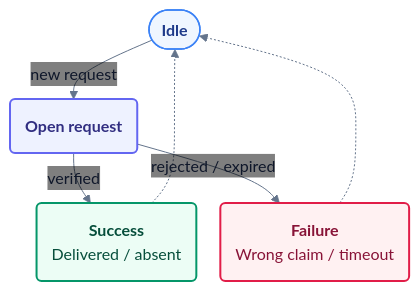
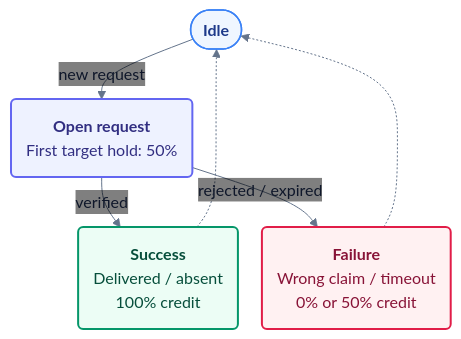
One commit to Grounded-Intelligence-Initiative/agentic-robotics-benchmark changed the diagram in tasks/arm/object_finding_and_organizing_on_messy_desk/verify/figures/request-automaton.mmd. Above: the diagram before and after it, drawn with Mermaid. The commit also changed 12 other files, not shown here.

Commit message:
score: award first target hold partial request credit

```diff
--- a/tasks/arm/object_finding_and_organizing_on_messy_desk/verify/figures/request-automaton.mmd
+++ b/tasks/arm/object_finding_and_organizing_on_messy_desk/verify/figures/request-automaton.mmd
@@ -1,20 +1,20 @@
 %%{init: {"theme": "base", "themeVariables": {"fontFamily": "Arial, Helvetica, sans-serif", "fontSize": "16px", "lineColor": "#64748b", "primaryTextColor": "#0f172a", "edgeLabelBackground": "transparent", "clusterBkg": "#f8fafc", "clusterBorder": "#cbd5e1"}, "flowchart": {"curve": "basis", "nodeSpacing": 24, "rankSpacing": 26, "htmlLabels": true}, "themeCSS": ".edgeLabel, .edgeLabel p, .edgeLabel span { background: transparent !important; background-color: transparent !important; } .edgeLabels span { font-size: 13px !important; color: #475569 !important; } .edgeLabels > g:nth-child(1) > g { translate: -14px -20px; } .edgeLabels > g:nth-child(2) > g { translate: -32px 0px; } .edgeLabels > g:nth-child(3) > g { translate: 12px -20px; } "}}%%
 flowchart TB
     I(["<b>Idle</b>"])
-    O("<b>Open request</b>")
-    S("<b>Success</b><br/>Delivered / absent")
-    F("<b>Failure</b><br/>Wrong claim / timeout")
+    O("<b>Open request</b><br/>First target hold: 50%")
+    S("<b>Success</b><br/>Delivered / absent<br/>100% credit")
+    F("<b>Failure</b><br/>Wrong claim / timeout<br/>0% or 50% credit")
     I -->|new request| O
     O -->|verified| S
     O -->|rejected / expired| F
     S -.-> I
     F -.-> I
 
     classDef neutral fill:#eff6ff,stroke:#3b82f6,color:#1e3a8a,stroke-width:1.5px;
     classDef active fill:#eef2ff,stroke:#6366f1,color:#312e81,stroke-width:2px;
     classDef success fill:#ecfdf5,stroke:#059669,color:#064e3b,stroke-width:2px;
     classDef failure fill:#fff1f2,stroke:#e11d48,color:#881337,stroke-width:2px;
     class I neutral;
     class O active;
     class S success;
     class F failure;
```
